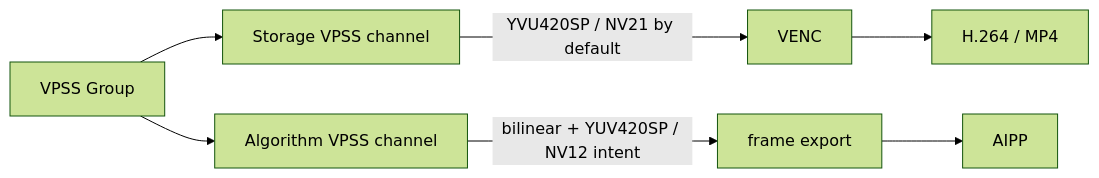
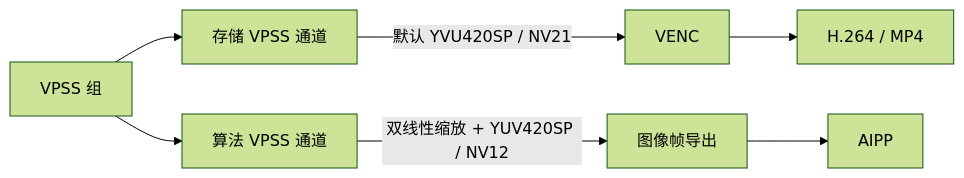
One commit to visionzoo/vision-workbench changed the second of 6 diagrams in engineering/diagnostics/ir-camera-input-chain-and-chroma-anomaly.md. Above: the diagram before and after it, drawn with Mermaid (forest theme). The commit also changed other lines of this file, not shown here.

First line of the commit message:
docs: clarify DMS media and algorithm contracts

````diff
--- a/engineering/diagnostics/ir-camera-input-chain-and-chroma-anomaly.md
+++ b/engineering/diagnostics/ir-camera-input-chain-and-chroma-anomaly.md
@@ -170,9 +232,9 @@
 ```mermaid
 flowchart LR
-    G[VPSS Group] --> SC[Storage VPSS channel]
-    G --> AC[Algorithm VPSS channel]
-    SC -->|YVU420SP / NV21 by default| VE[VENC]
+    G[VPSS 组] --> SC[存储 VPSS 通道]
+    G --> AC[算法 VPSS 通道]
+    SC -->|默认 YVU420SP / NV21| VE[VENC]
     VE --> H[H.264 / MP4]
-    AC -->|bilinear + YUV420SP / NV12 intent| EX[frame export]
+    AC -->|双线性缩放 + YUV420SP / NV12| EX[图像帧导出]
     EX --> AP[AIPP]
 ```
````
